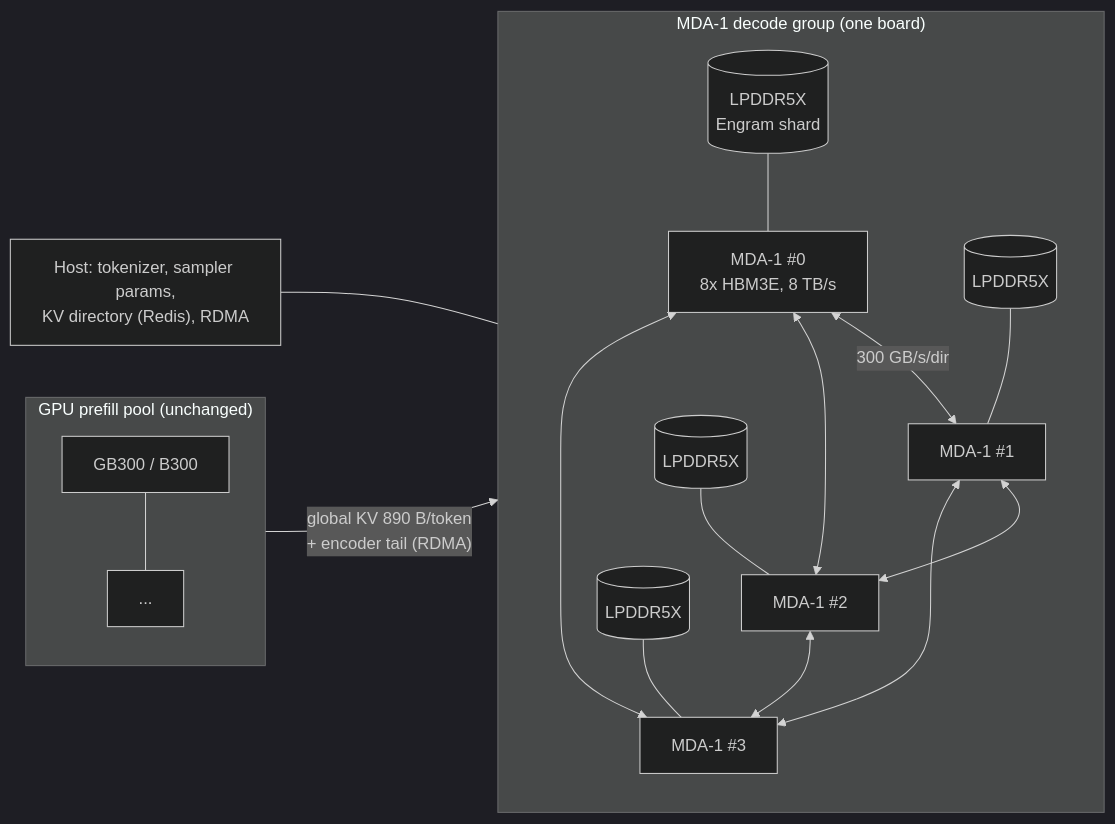
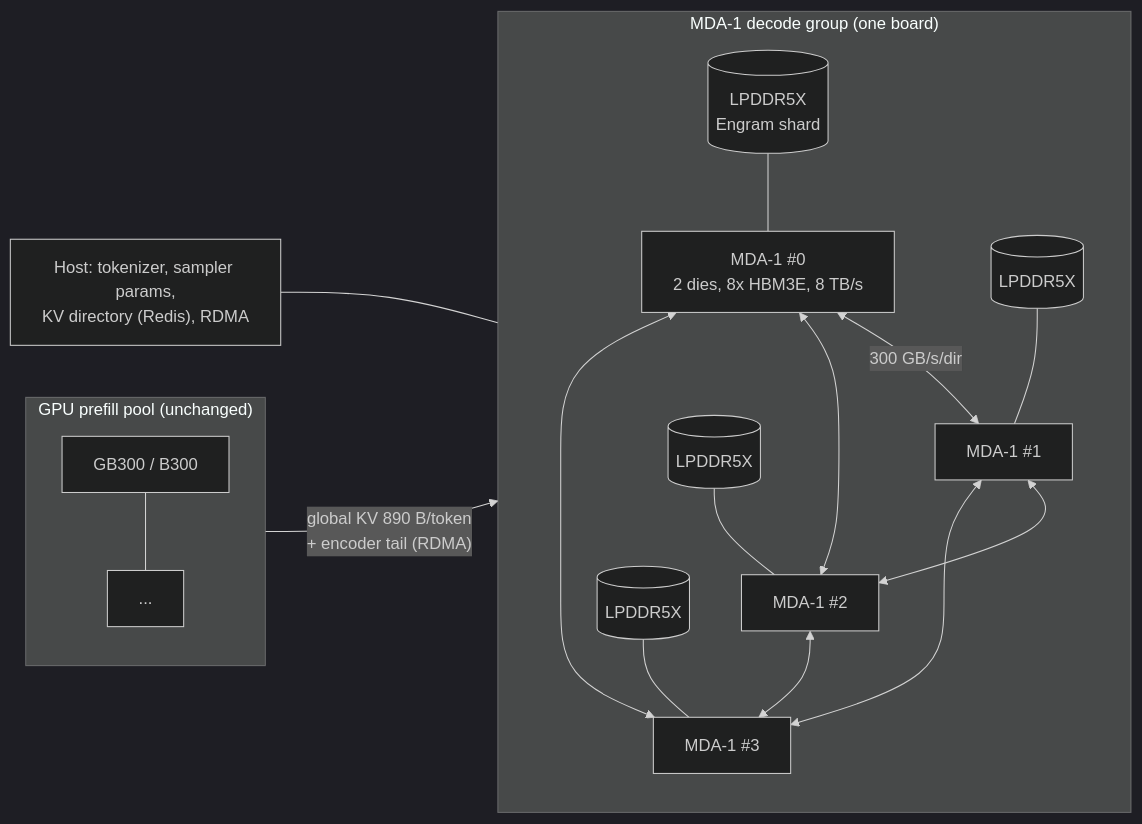
The first of 3 diagrams in docs/03_architecture.md (Aercrist/dsv41-accel-study), drawn with Mermaid (dark theme) before and after one commit. The commit also changed other lines of this file and 48 other files, not shown here.

````diff
--- a/docs/03_architecture.md
+++ b/docs/03_architecture.md
@@ -13,21 +14,21 @@
 ```mermaid
 flowchart LR
   subgraph PF["GPU prefill pool (unchanged)"]
     G1[GB300 / B300] --- G2[...]
   end
   subgraph DG["MDA-1 decode group (one board)"]
     direction TB
-    A0["MDA-1 #0<br/>8x HBM3E, 8 TB/s"] <-->|"300 GB/s/dir"| A1["MDA-1 #1"]
+    A0["MDA-1 #0<br/>2 dies, 8x HBM3E, 8 TB/s"] <-->|"300 GB/s/dir"| A1["MDA-1 #1"]
     A0 <--> A2["MDA-1 #2"]
     A0 <--> A3["MDA-1 #3"]
     A1 <--> A2
     A1 <--> A3
     A2 <--> A3
     L0[(LPDDR5X<br/>Engram shard)] --- A0
     L1[(LPDDR5X)] --- A1
     L2[(LPDDR5X)] --- A2
     L3[(LPDDR5X)] --- A3
   end
   H["Host: tokenizer, sampler params,<br/>KV directory (Redis), RDMA"] --- DG
   PF -- "global KV 890 B/token<br/>+ encoder tail (RDMA)" --> DG
 ```
````
